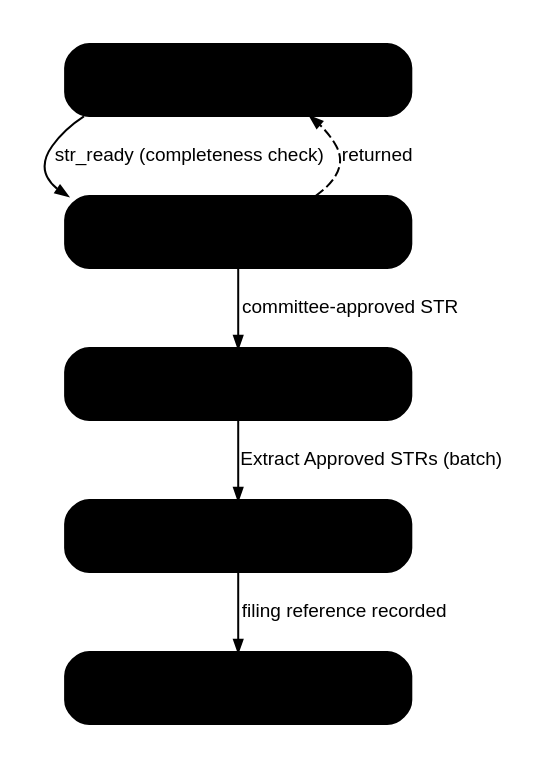
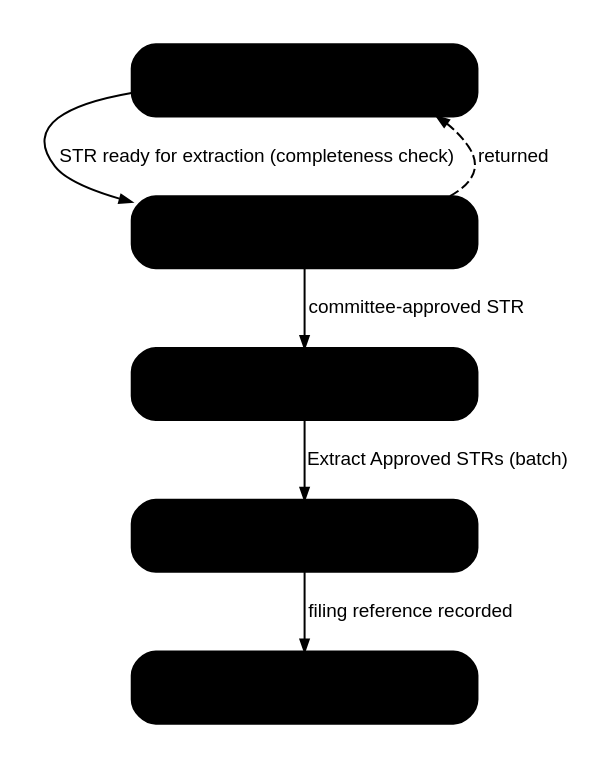
One commit to IortaTexhNXT-DEV/FinVerse changed the diagram in docs/deliverables/src/BRD-10_Sanction_Screening/figures/brd10_str_states.dot. Above: the diagram before and after it, drawn with Graphviz. The commit also changed 9 other files, not shown here.

```diff
--- a/docs/deliverables/src/BRD-10_Sanction_Screening/figures/brd10_str_states.dot
+++ b/docs/deliverables/src/BRD-10_Sanction_Screening/figures/brd10_str_states.dot
@@ -1,19 +1,19 @@
 // BRD-10: STR status. FRS section 5.4; SNSRP-705, 706.
 digraph sc_str {
   graph [rankdir=TB, fontname="Arial", nodesep=0.5, ranksep=0.4, bgcolor="white", pad=0.2];
   node  [shape=box, style="rounded,filled", fillcolor="@BG_BLUE", color="@HEADER_BLUE", penwidth=1.1,
          fontname="Arial", fontsize=11, fontcolor="@NEAR_BLACK", width=2.4, height=0.5];
   edge  [color="@MUTED", arrowsize=0.6, fontname="Arial", fontsize=9.5, fontcolor="@TEXT"];
 
   DRAFT        [label="DRAFT\n(prefilled, editable)"];
   FOR_APPROVAL [label="FOR_APPROVAL\n(complete)"];
   APPROVED     [label="APPROVED\n(AML Committee)"];
   EXTRACTED    [label="EXTRACTED\n(AMLC file saved)"];
   FILED        [label="FILED\n(AMLC reference)", fillcolor="@SUCCESS_BG", color="@SUCCESS"];
 
-  DRAFT -> FOR_APPROVAL [label=" str_ready (completeness check)"];
+  DRAFT -> FOR_APPROVAL [label=" STR ready for extraction (completeness check)"];
   FOR_APPROVAL -> APPROVED [label=" committee-approved STR"];
   FOR_APPROVAL -> DRAFT [label=" returned", style=dashed];
   APPROVED -> EXTRACTED [label=" Extract Approved STRs (batch)"];
   EXTRACTED -> FILED [label=" filing reference recorded"];
 }
```
